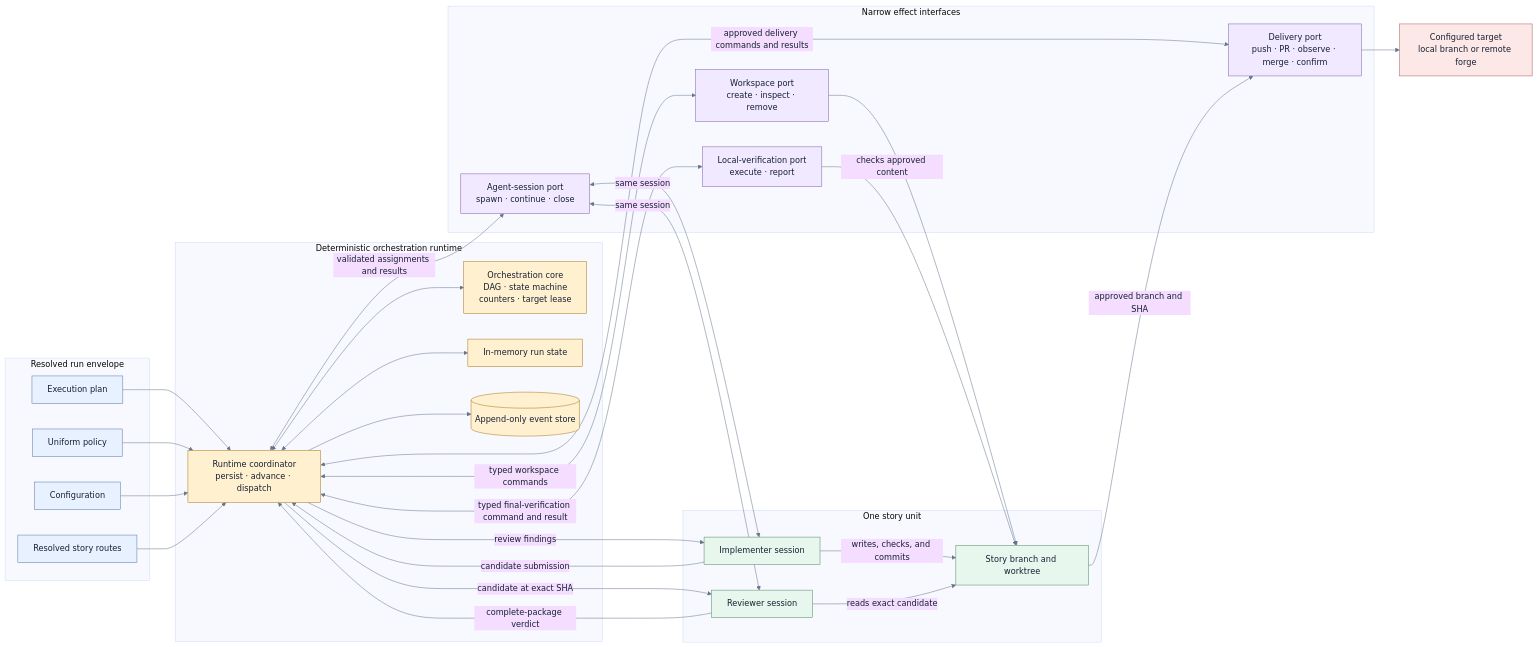
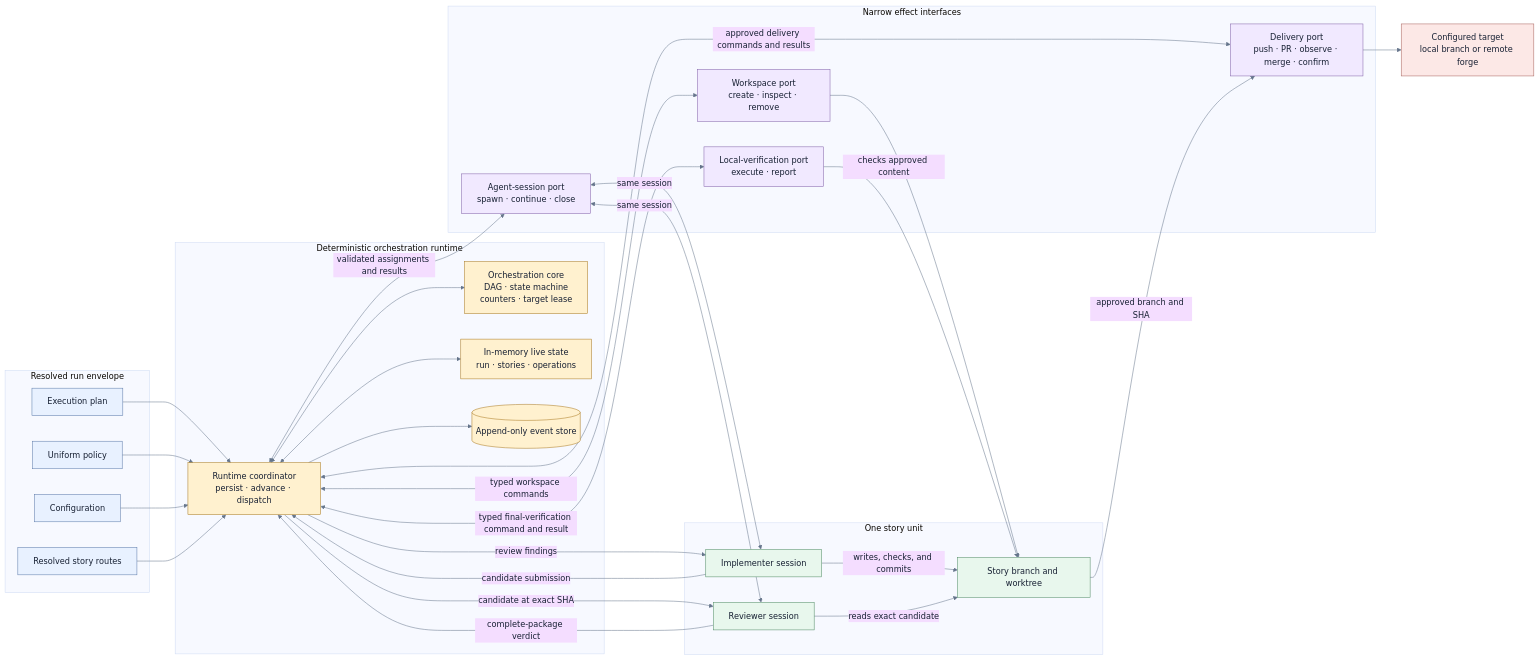
One commit to agentic-workflow-kit/jig changed the diagram in docs/design/deterministic-story-orchestration/orchestration.md. Above: the diagram before and after it, drawn with Mermaid. The commit also changed other lines of this file and 9 other files, not shown here.

````diff
--- a/docs/design/deterministic-story-orchestration/orchestration.md
+++ b/docs/design/deterministic-story-orchestration/orchestration.md
@@ -15,72 +15,72 @@
 ```mermaid
 %%{init: {"theme": "base", "themeVariables": {"fontFamily": "Inter, ui-sans-serif, system-ui", "primaryTextColor": "#172033", "lineColor": "#65758b"}}}%%
 flowchart LR
     subgraph Inputs["Resolved run envelope"]
         Plan["Execution plan"]
         Policy["Uniform policy"]
         Config["Configuration"]
         Routes["Resolved story routes"]
     end
 
     subgraph Core["Deterministic orchestration runtime"]
         Runtime["Runtime coordinator<br/>persist · advance · dispatch"]
         Orchestrator["Orchestration core<br/>DAG · state machine<br/>counters · target lease"]
-        RunState["In-memory run state"]
+        LiveState["In-memory live state<br/>run · stories · operations"]
         EventStore[("Append-only event store")]
         Runtime <--> Orchestrator
-        Runtime <--> RunState
+        Runtime <--> LiveState
         Runtime --> EventStore
     end
 
     subgraph Ports["Narrow effect interfaces"]
         AgentPort["Agent-session port<br/>spawn · continue · close"]
         WorkspacePort["Workspace port<br/>create · inspect · remove"]
         VerificationPort["Local-verification port<br/>execute · report"]
         DeliveryPort["Delivery port<br/>push · PR · observe · merge · confirm"]
     end
 
     subgraph Story["One story unit"]
         Worktree["Story branch and worktree"]
         Implementer["Implementer session"]
         Reviewer["Reviewer session"]
     end
 
     Target["Configured target<br/>local branch or remote forge"]
 
     Plan --> Runtime
     Policy --> Runtime
     Config --> Runtime
     Routes --> Runtime
 
     Runtime <-->|"validated assignments and results"| AgentPort
     AgentPort <-->|"same session"| Implementer
     AgentPort <-->|"same session"| Reviewer
 
     Runtime -->|"review findings"| Implementer
     Implementer -->|"candidate submission"| Runtime
     Runtime -->|"candidate at exact SHA"| Reviewer
     Reviewer -->|"complete-package verdict"| Runtime
 
     Runtime <-->|"typed workspace commands"| WorkspacePort
     WorkspacePort --> Worktree
     Implementer -->|"writes, checks, and commits"| Worktree
     Reviewer -->|"reads exact candidate"| Worktree
 
     Runtime <-->|"typed final-verification command and result"| VerificationPort
     VerificationPort -->|"checks approved content"| Worktree
 
     Runtime <-->|"approved delivery commands and results"| DeliveryPort
     Worktree -->|"approved branch and SHA"| DeliveryPort
     DeliveryPort --> Target
 
     classDef input fill:#e8f1ff,stroke:#5a78a8,color:#172033;
     classDef core fill:#fff1cf,stroke:#a8781f,color:#172033;
     classDef port fill:#f1e9ff,stroke:#8061a8,color:#172033;
     classDef agent fill:#e8f7ed,stroke:#4f8a63,color:#172033;
     classDef target fill:#fce8e6,stroke:#a7615b,color:#172033;
     class Plan,Policy,Config,Routes input;
-    class Runtime,Orchestrator,RunState,EventStore core;
+    class Runtime,Orchestrator,LiveState,EventStore core;
     class AgentPort,WorkspacePort,VerificationPort,DeliveryPort port;
     class Worktree,Implementer,Reviewer agent;
     class Target target;
 ```
````
